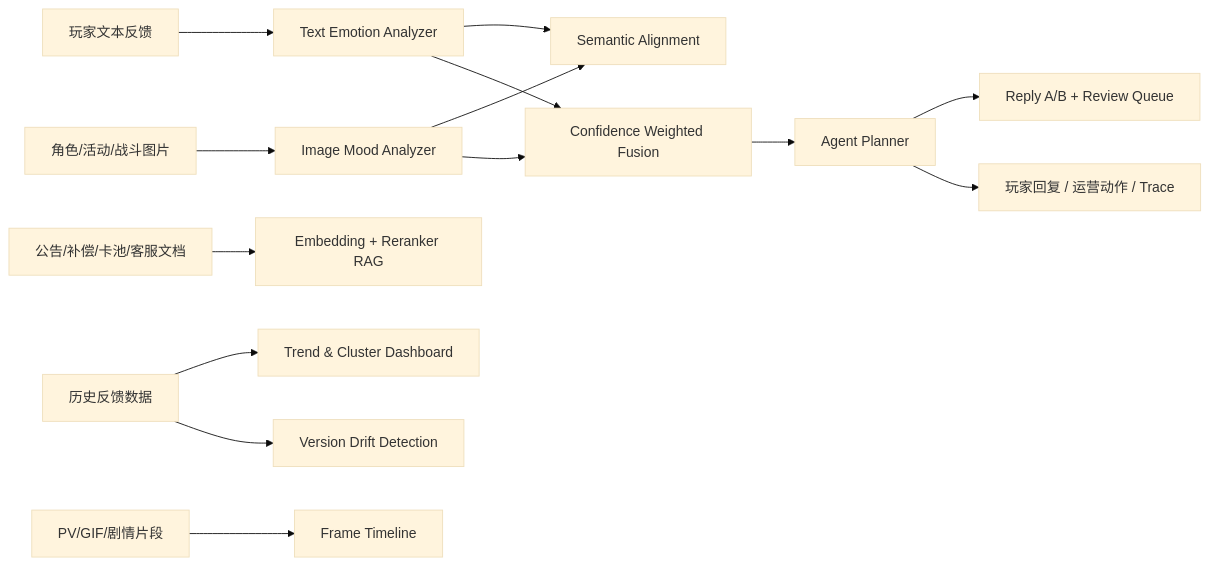
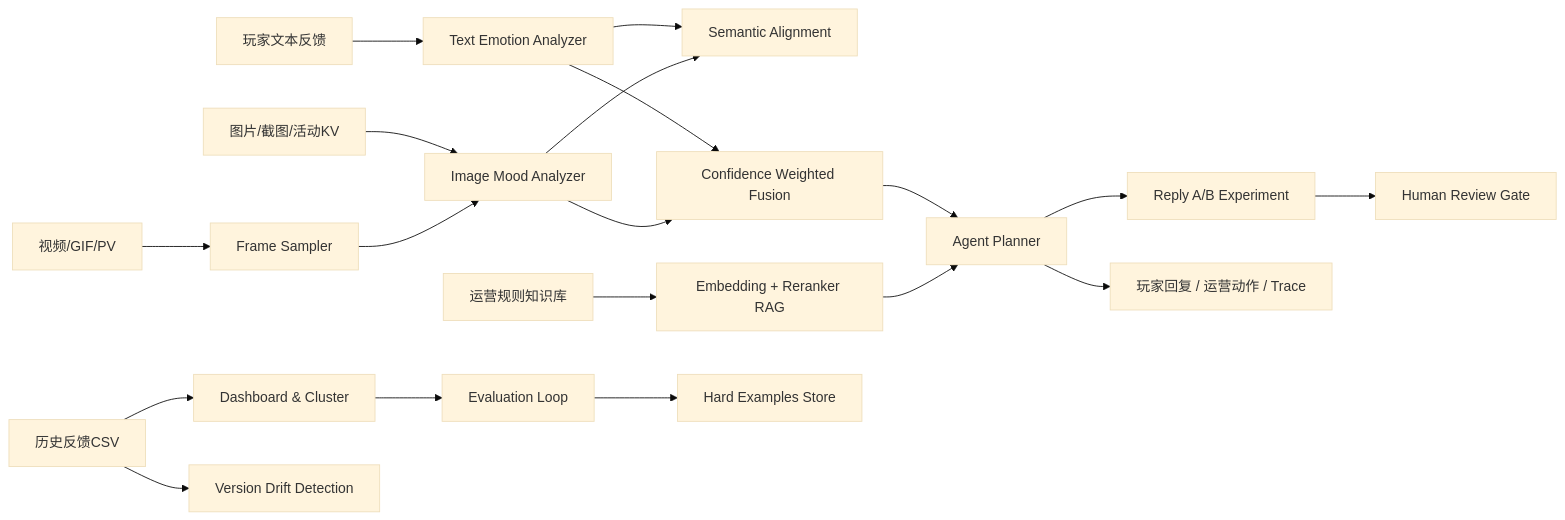
One commit to SeupLio/anime-mood-agent-studio changed the diagram in README.md. Above: the diagram before and after it, drawn with Mermaid (base theme). The commit also changed other lines of this file, not shown here.

````diff
--- a/README.md
+++ b/README.md
@@ -19,16 +35,21 @@
 ```mermaid
 flowchart LR
   A["玩家文本反馈"] --> B["Text Emotion Analyzer"]
-  C["角色/活动/战斗图片"] --> D["Image Mood Analyzer"]
+  C["图片/截图/活动KV"] --> D["Image Mood Analyzer"]
+  V["视频/GIF/PV"] --> W["Frame Sampler"]
+  W --> D
   B --> E["Semantic Alignment"]
   D --> E
   B --> F["Confidence Weighted Fusion"]
   D --> F
   F --> G["Agent Planner"]
-  H["历史反馈数据"] --> I["Trend & Cluster Dashboard"]
-  J["公告/补偿/卡池/客服文档"] --> K["Embedding + Reranker RAG"]
-  L["PV/GIF/剧情片段"] --> M["Frame Timeline"]
+  H["历史反馈CSV"] --> I["Dashboard & Cluster"]
   H --> O["Version Drift Detection"]
-  G --> P["Reply A/B + Review Queue"]
-  G --> N["玩家回复 / 运营动作 / Trace"]
+  J["运营规则知识库"] --> K["Embedding + Reranker RAG"]
+  K --> G
+  G --> P["Reply A/B Experiment"]
+  P --> Q["Human Review Gate"]
+  G --> R["玩家回复 / 运营动作 / Trace"]
+  I --> S["Evaluation Loop"]
+  S --> T["Hard Examples Store"]
 ```
````
